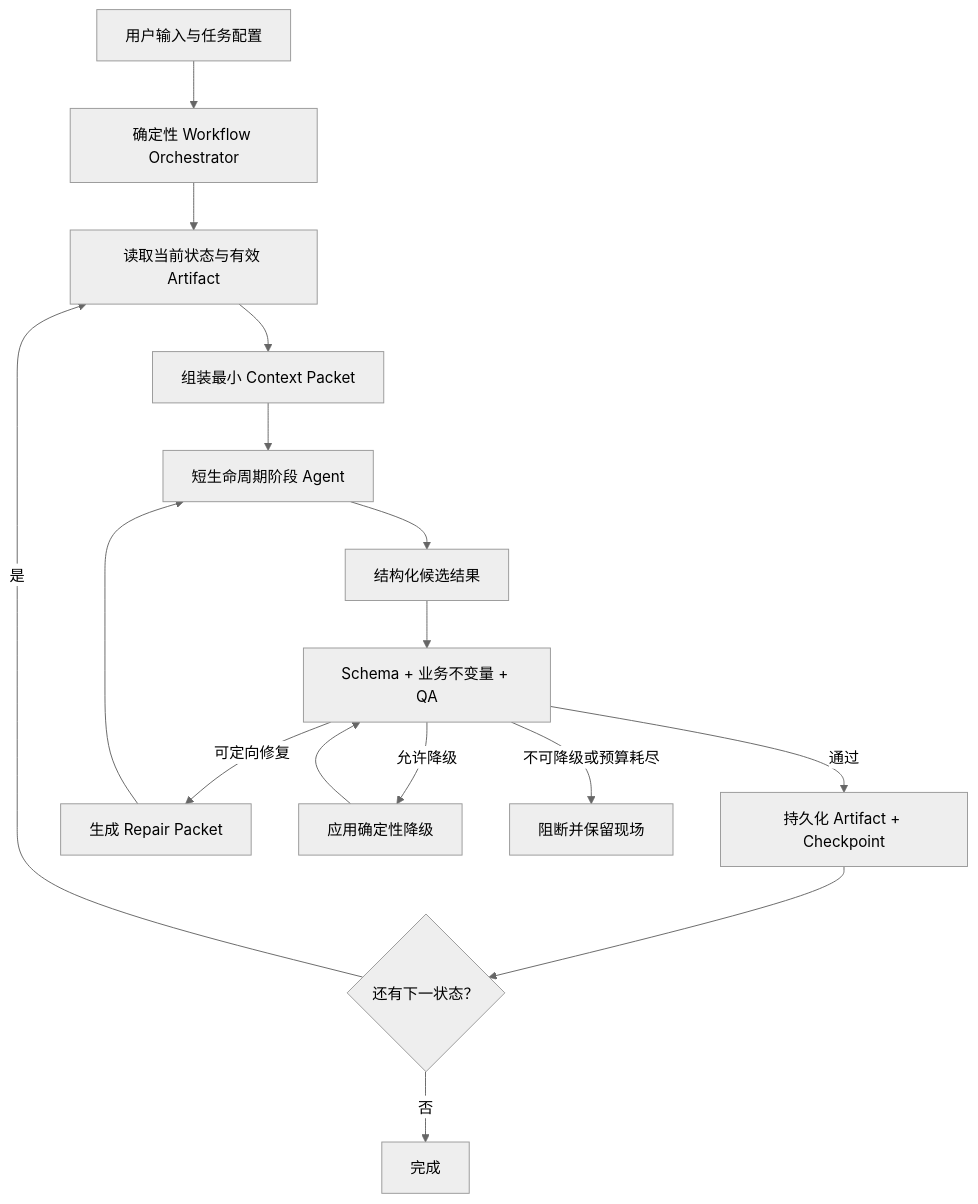
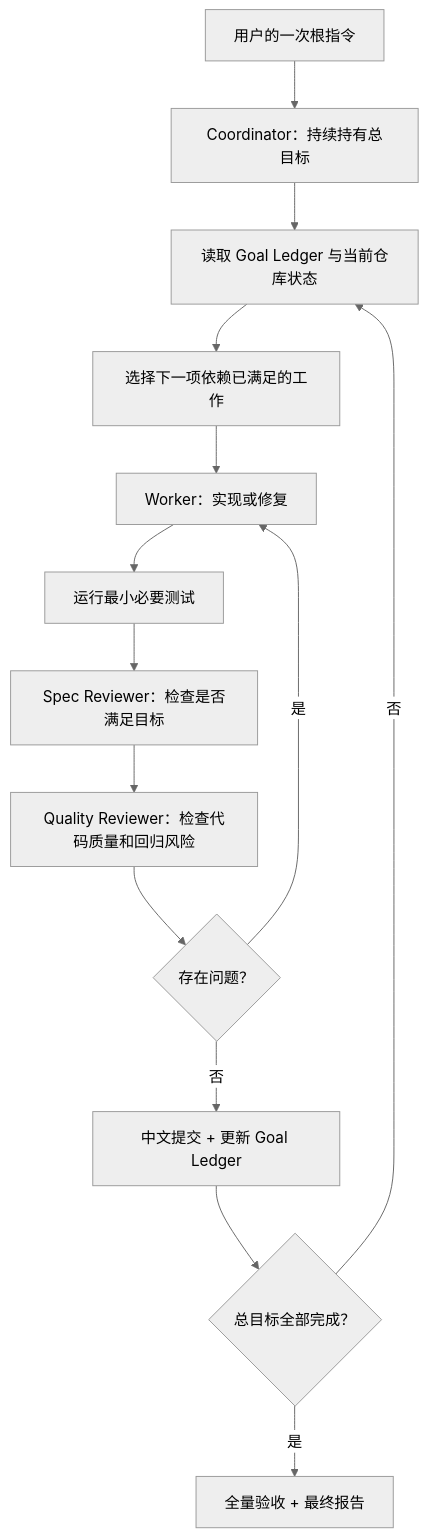
The first of 2 diagrams in docs/superpowers/specs/2026-07-16-asset-first-agent-loop-design.md (renmengwen/MuseDock), drawn with Mermaid (neutral theme) before and after one commit. The commit also changed other lines of this file and 1 other file, not shown here.

````diff
--- a/docs/superpowers/specs/2026-07-16-asset-first-agent-loop-design.md
+++ b/docs/superpowers/specs/2026-07-16-asset-first-agent-loop-design.md
@@ -104,18 +79,16 @@
 ```mermaid
 flowchart TD
-    U["用户输入与任务配置"] --> O["确定性 Workflow Orchestrator"]
-    O --> S["读取当前状态与有效 Artifact"]
-    S --> C["组装最小 Context Packet"]
-    C --> A["短生命周期阶段 Agent"]
-    A --> R["结构化候选结果"]
-    R --> V["Schema + 业务不变量 + QA"]
-    V -->|"通过"| P["持久化 Artifact + Checkpoint"]
-    V -->|"可定向修复"| F["生成 Repair Packet"]
-    F --> A
-    V -->|"允许降级"| D["应用确定性降级"]
-    D --> V
-    V -->|"不可降级或预算耗尽"| B["阻断并保留现场"]
-    P --> N{"还有下一状态？"}
-    N -->|"是"| S
-    N -->|"否"| DONE["完成"]
+    U["用户的一次根指令"] --> C["Coordinator：持续持有总目标"]
+    C --> L["读取 Goal Ledger 与当前仓库状态"]
+    L --> N["选择下一项依赖已满足的工作"]
+    N --> W["Worker：实现或修复"]
+    W --> T["运行最小必要测试"]
+    T --> SR["Spec Reviewer：检查是否满足目标"]
+    SR --> QR["Quality Reviewer：检查代码质量和回归风险"]
+    QR --> F{"存在问题？"}
+    F -->|"是"| W
+    F -->|"否"| G["中文提交 + 更新 Goal Ledger"]
+    G --> D{"总目标全部完成？"}
+    D -->|"否"| L
+    D -->|"是"| E["全量验收 + 最终报告"]
 ```
````
